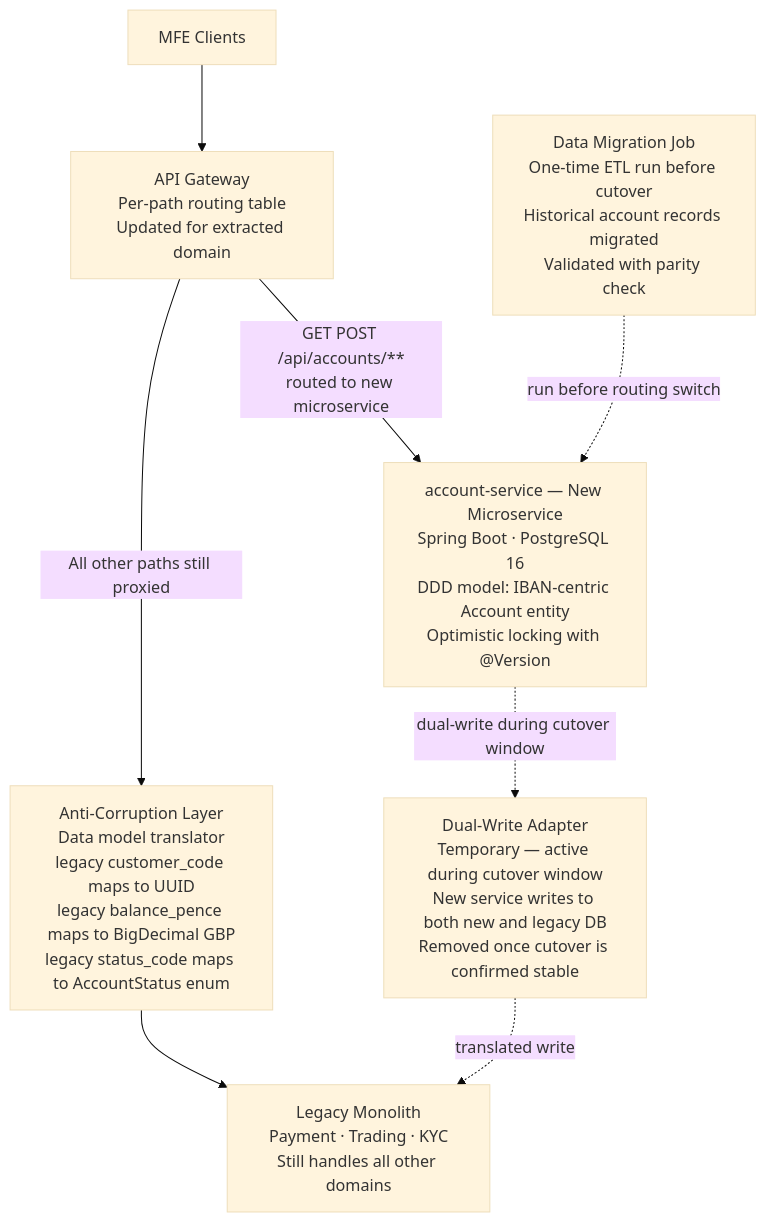
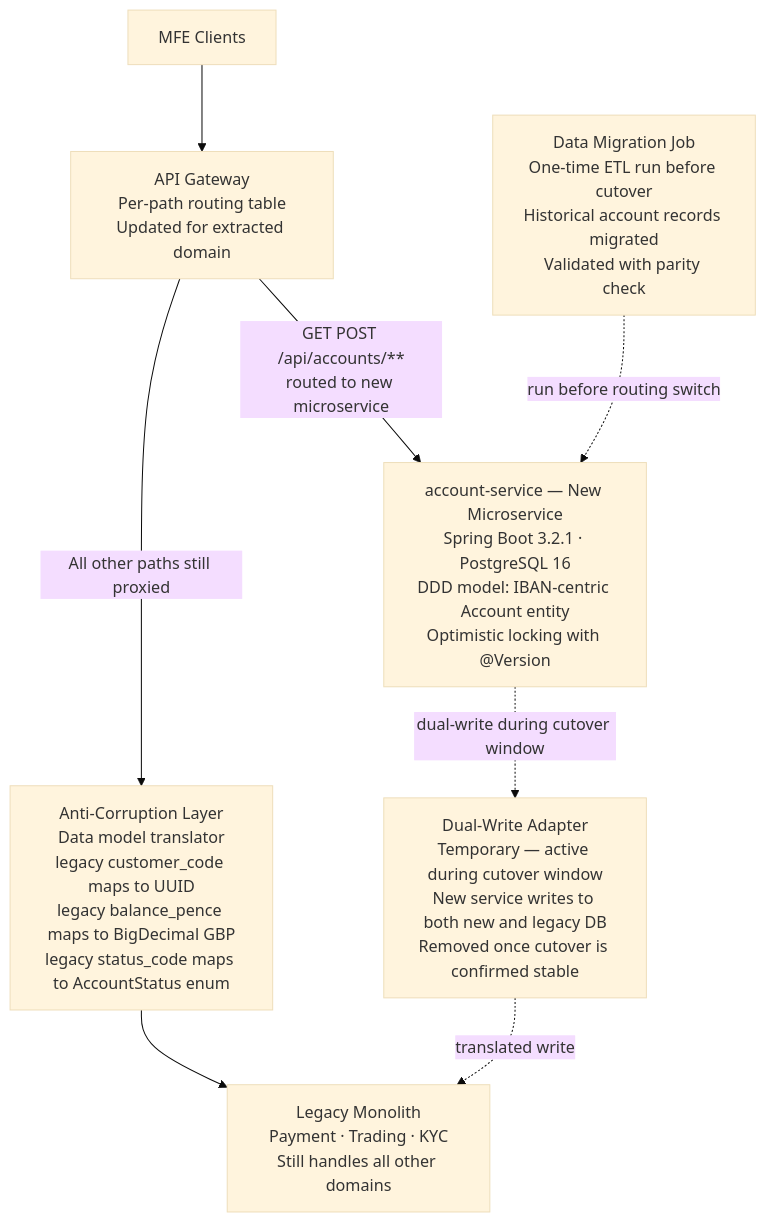
Before and after one commit to calvinlee999/Micro-Frontend-Architecture-and-UI-Component-Libraries-with-React: the tenth of 19 diagrams in L0_L1_ARCHITECTURE.md, drawn with Mermaid (base theme). The commit also changed other lines of this file, not shown here.

Commit message:
feat: update L0_L1_ARCHITECTURE §7 to dotfiles SSoT versions (React 19.2, Next.js 16.1.6, TS 5.9.3, Node 24.7.0, Corretto 21.0.10, Spring Boot 3.2.1, Docker 28.3.3)

````diff
--- a/L0_L1_ARCHITECTURE.md
+++ b/L0_L1_ARCHITECTURE.md
@@ -409,23 +417,23 @@
 ```mermaid
 flowchart TB
     CL2["MFE Clients"]
     GW4["API Gateway\nPer-path routing table\nUpdated for extracted domain"]
 
-    NEW_ACCT["account-service — New Microservice\nSpring Boot · PostgreSQL 16\nDDD model: IBAN-centric Account entity\nOptimistic locking with @Version"]
+NEW_ACCT["account-service — New Microservice\nSpring Boot 3.2.1 · PostgreSQL 16\nDDD model: IBAN-centric Account entity\nOptimistic locking with @Version"]
 
     ACL_ACCT["Anti-Corruption Layer\nData model translator\nlegacy customer_code maps to UUID\nlegacy balance_pence maps to BigDecimal GBP\nlegacy status_code maps to AccountStatus enum"]
 
     LEG2["Legacy Monolith\nPayment · Trading · KYC\nStill handles all other domains"]
 
     SYNC["Data Migration Job\nOne-time ETL run before cutover\nHistorical account records migrated\nValidated with parity check"]
 
     DUAL["Dual-Write Adapter\nTemporary — active during cutover window\nNew service writes to both new and legacy DB\nRemoved once cutover is confirmed stable"]
 
     CL2 --> GW4
     GW4 -->|"GET POST /api/accounts/**\nrouted to new microservice"| NEW_ACCT
     GW4 -->|"All other paths still proxied"| ACL_ACCT
     ACL_ACCT --> LEG2
     NEW_ACCT -.->|"dual-write during cutover window"| DUAL
     DUAL -.->|"translated write"| LEG2
     SYNC -.->|"run before routing switch"| NEW_ACCT
 ```
````
